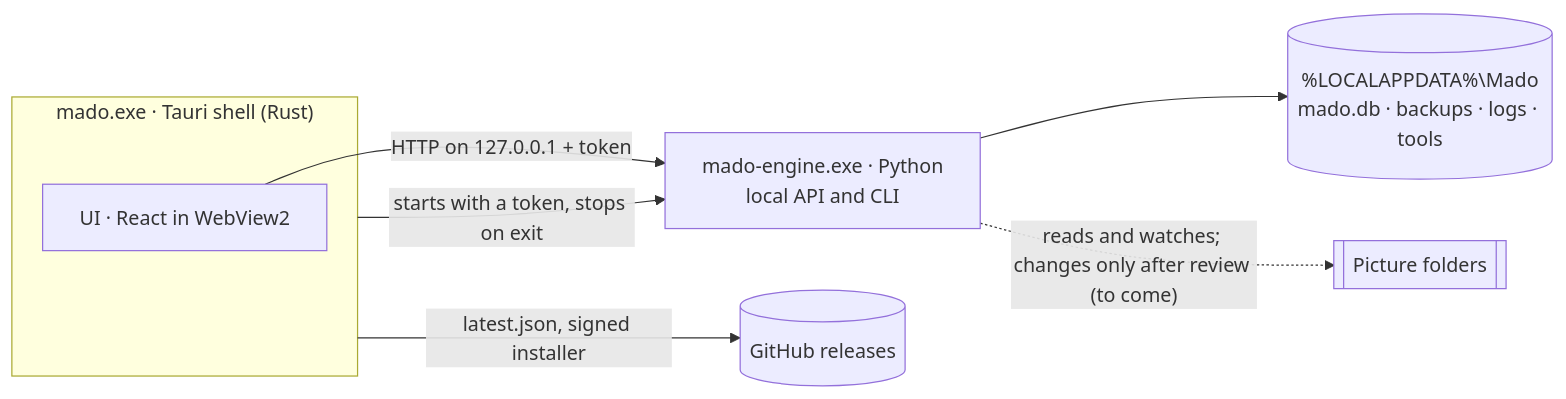
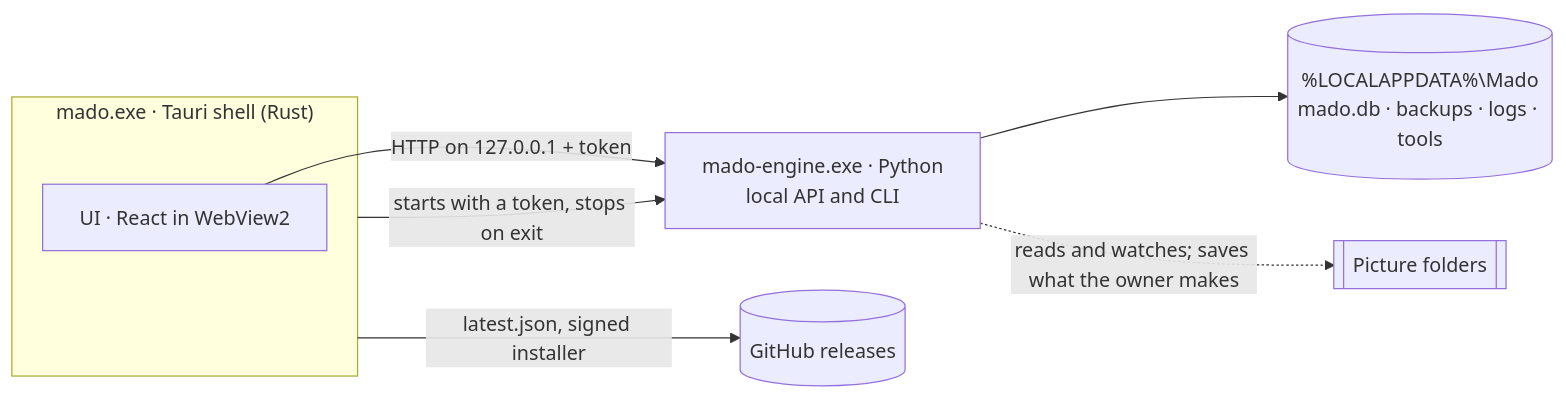
The first of 3 diagrams in docs/architecture.md (frankgrobbelaar/mado), drawn with Mermaid before and after one commit. The commit also changed other lines of this file and 127 other files, not shown here.

````diff
--- a/docs/architecture.md
+++ b/docs/architecture.md
@@ -7,16 +8,16 @@
 ```mermaid
 flowchart LR
     subgraph shell["mado.exe · Tauri shell (Rust)"]
         ui["UI · React in WebView2"]
     end
     engine["mado-engine.exe · Python<br/>local API and CLI"]
     data[("%LOCALAPPDATA%\Mado<br/>mado.db · backups · logs · tools")]
     pictures[["Picture folders"]]
     releases[("GitHub releases")]
 
     shell -- "starts with a token, stops on exit" --> engine
     ui -- "HTTP on 127.0.0.1 + token" --> engine
     engine --> data
-    engine -. "reads and watches; changes only after review (to come)" .-> pictures
+    engine -. "reads and watches; saves what the owner makes" .-> pictures
     shell -- "latest.json, signed installer" --> releases
 ```
````
